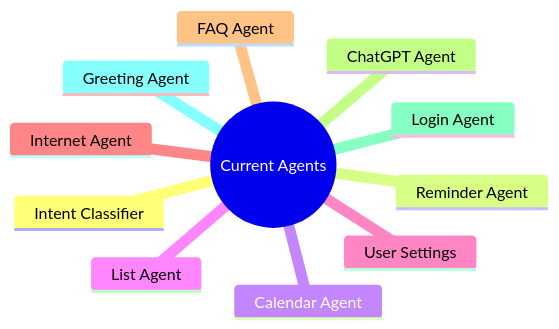
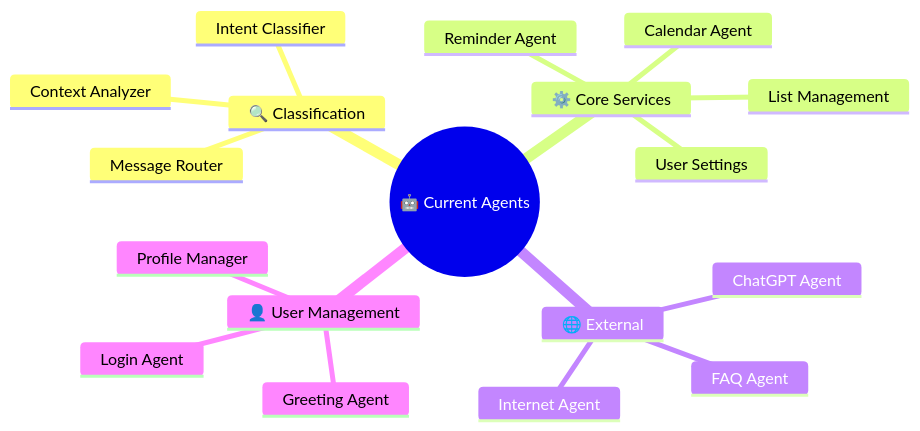
Before and after one commit to KaifAhmad1/memorae: the second of 9 diagrams in README.md, drawn with Mermaid. The commit also changed other lines of this file, not shown here.

````diff
--- a/README.md
+++ b/README.md
@@ -33,14 +33,21 @@
 ```mermaid
 mindmap
-  root((Current Agents))
-    Intent Classifier
-    Reminder Agent
-    Calendar Agent
-    List Agent
-    User Settings
-    Internet Agent
-    FAQ Agent
-    ChatGPT Agent
-    Login Agent
-    Greeting Agent
+  root((🤖 Current Agents))
+    🔍 Classification
+      Intent Classifier
+      Message Router
+      Context Analyzer
+    ⚙️ Core Services
+      Reminder Agent
+      Calendar Agent
+      List Management
+      User Settings
+    🌐 External
+      Internet Agent
+      FAQ Agent
+      ChatGPT Agent
+    👤 User Management
+      Login Agent
+      Greeting Agent
+      Profile Manager
 ```
````
